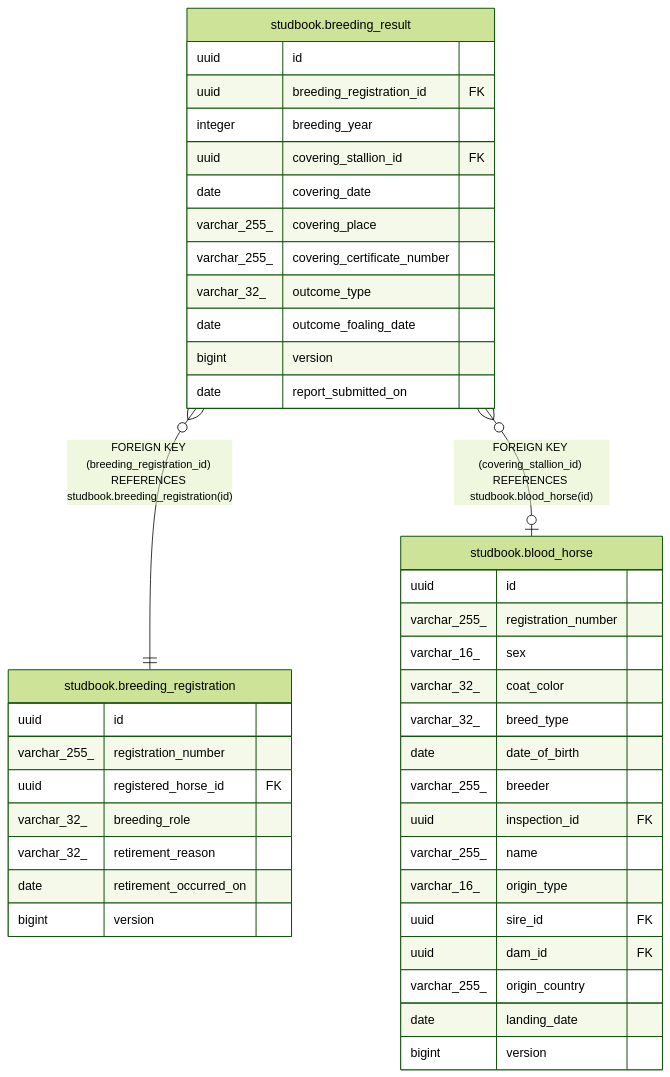
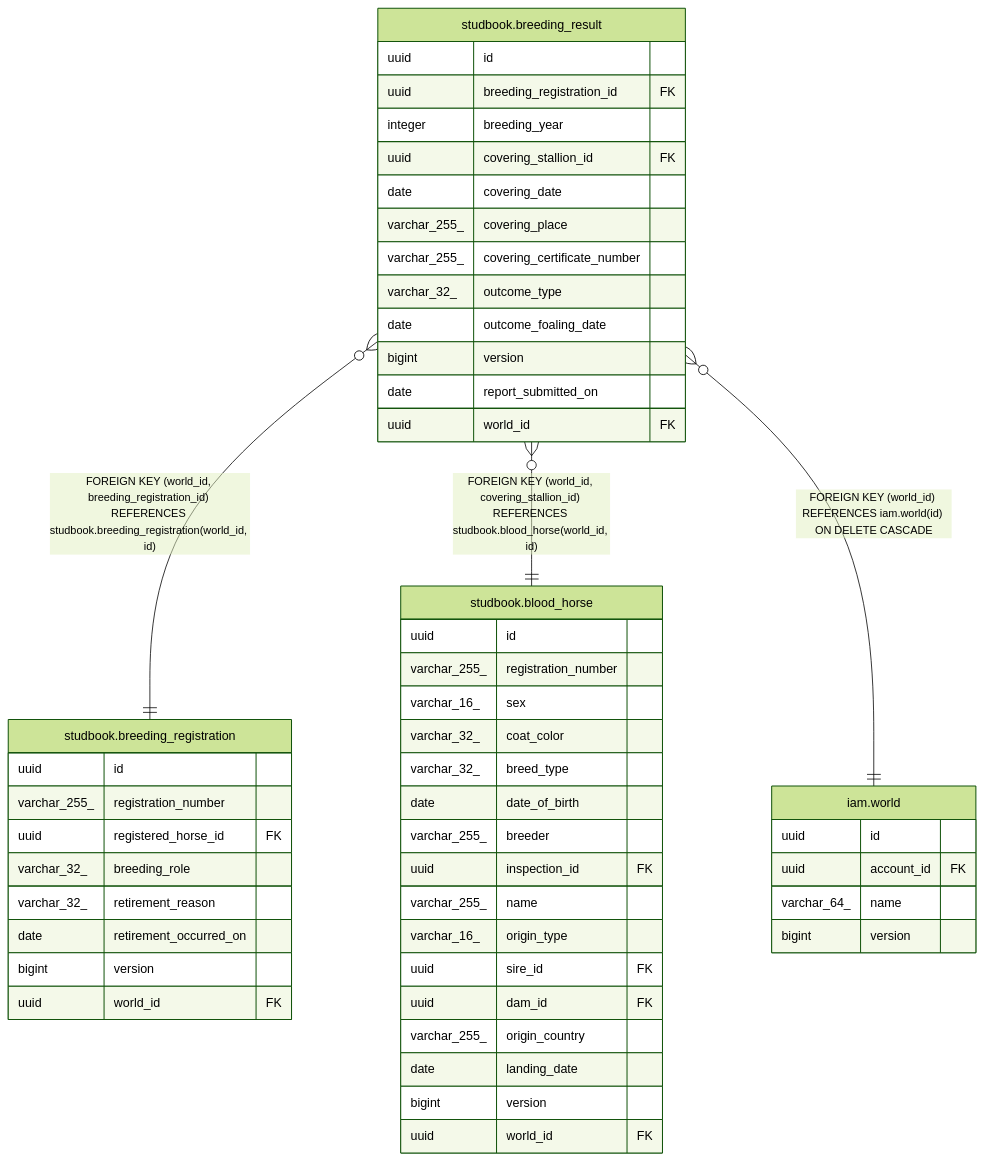
One commit to ptiringo/toy-box changed the diagram in dbdoc/studbook.breeding_result.md. Above: the diagram before and after it, drawn with Mermaid (forest theme). The commit also changed other lines of this file and 129 other files, not shown here.

````diff
--- a/dbdoc/studbook.breeding_result.md
+++ b/dbdoc/studbook.breeding_result.md
@@ -47,46 +51,56 @@
 ```mermaid
 erDiagram
 
-"studbook.breeding_result" }o--|| "studbook.breeding_registration" : "FOREIGN KEY (breeding_registration_id) REFERENCES studbook.breeding_registration(id)"
-"studbook.breeding_result" }o--o| "studbook.blood_horse" : "FOREIGN KEY (covering_stallion_id) REFERENCES studbook.blood_horse(id)"
+"studbook.breeding_result" }o--|| "studbook.breeding_registration" : "FOREIGN KEY (world_id, breeding_registration_id) REFERENCES studbook.breeding_registration(world_id, id)"
+"studbook.breeding_result" }o--|| "studbook.blood_horse" : "FOREIGN KEY (world_id, covering_stallion_id) REFERENCES studbook.blood_horse(world_id, id)"
+"studbook.breeding_result" }o--|| "iam.world" : "FOREIGN KEY (world_id) REFERENCES iam.world(id) ON DELETE CASCADE"
 
 "studbook.breeding_result" {
   uuid id
   uuid breeding_registration_id FK
   integer breeding_year
   uuid covering_stallion_id FK
   date covering_date
   varchar_255_ covering_place
   varchar_255_ covering_certificate_number
   varchar_32_ outcome_type
   date outcome_foaling_date
   bigint version
   date report_submitted_on
+  uuid world_id FK
 }
 "studbook.breeding_registration" {
   uuid id
   varchar_255_ registration_number
   uuid registered_horse_id FK
   varchar_32_ breeding_role
   varchar_32_ retirement_reason
   date retirement_occurred_on
   bigint version
+  uuid world_id FK
 }
 "studbook.blood_horse" {
   uuid id
   varchar_255_ registration_number
   varchar_16_ sex
   varchar_32_ coat_color
   varchar_32_ breed_type
   date date_of_birth
   varchar_255_ breeder
   uuid inspection_id FK
   varchar_255_ name
   varchar_16_ origin_type
   uuid sire_id FK
   uuid dam_id FK
   varchar_255_ origin_country
   date landing_date
   bigint version
+  uuid world_id FK
+}
+"iam.world" {
+  uuid id
+  uuid account_id FK
+  varchar_64_ name
+  bigint version
 }
 ```
````
